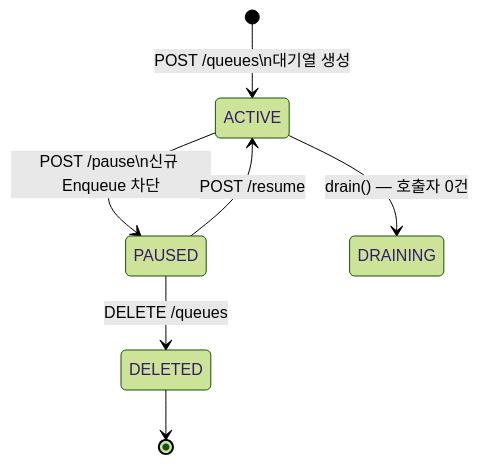
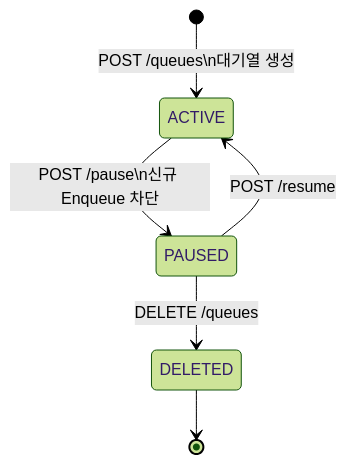
The second of 4 diagrams in doc/STATE.md (S-Onix/queue-platform), drawn with Mermaid (forest theme) before and after one commit. The commit also changed other lines of this file and 14 other files, not shown here.

````diff
--- a/doc/STATE.md
+++ b/doc/STATE.md
@@ -124,16 +124,11 @@
 ```mermaid
 stateDiagram-v2
     [*] --> ACTIVE : POST /queues\n대기열 생성
 
     ACTIVE --> PAUSED : POST /pause\n신규 Enqueue 차단
     PAUSED --> ACTIVE : POST /resume
 
     PAUSED --> DELETED : DELETE /queues
 
-    %% 🔴 DRAINING은 도달도 탈출도 불가능하다 (2026-08-26 실측)
-    %%   drain()은 ACTIVE만 받는데 프로덕션 호출이 0건이고,
-    %%   delete()는 PAUSED만 받는다 (Queue.java:100-112). DRAINING → DELETED 배치도 없다.
-    ACTIVE --> DRAINING : drain() — 호출자 0건
-
     DELETED --> [*]
 ```
````
